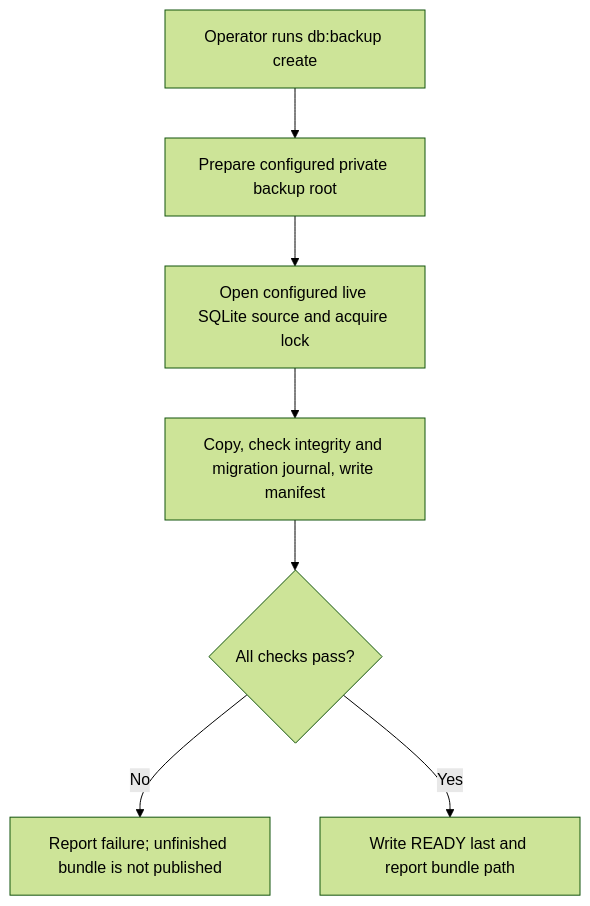
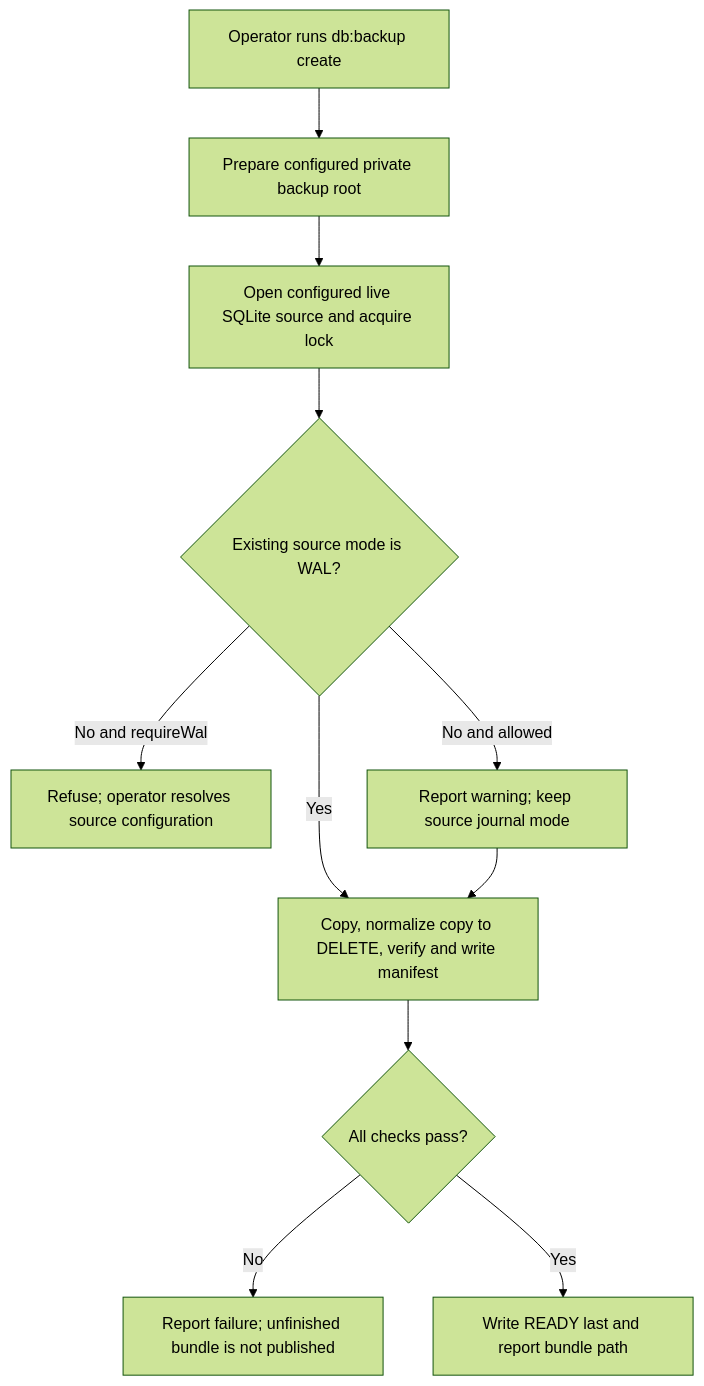
The first of 2 diagrams in user-stories/create-bundle/us-op-01-create-bundle.md (Kevinjohn/oss-adonisjs-sqlite-backup), drawn with Mermaid (forest theme) before and after one commit. The commit also changed other lines of this file and 2 other files, not shown here.

````diff
--- a/user-stories/create-bundle/us-op-01-create-bundle.md
+++ b/user-stories/create-bundle/us-op-01-create-bundle.md
@@ -22,9 +22,13 @@
 ```mermaid
 flowchart TD
     A["Operator runs db:backup create"] --> B["Prepare configured private backup root"]
     B --> C["Open configured live SQLite source and acquire lock"]
-    C --> D["Copy, check integrity and migration journal, write manifest"]
+    C --> J{"Existing source mode is WAL?"}
+    J -->|No and requireWal| K["Refuse; operator resolves source configuration"]
+    J -->|No and allowed| L["Report warning; keep source journal mode"]
+    J -->|Yes| D["Copy, normalize copy to DELETE, verify and write manifest"]
+    L --> D
     D --> E{"All checks pass?"}
     E -->|No| F["Report failure; unfinished bundle is not published"]
     E -->|Yes| G["Write READY last and report bundle path"]
 ```
````
